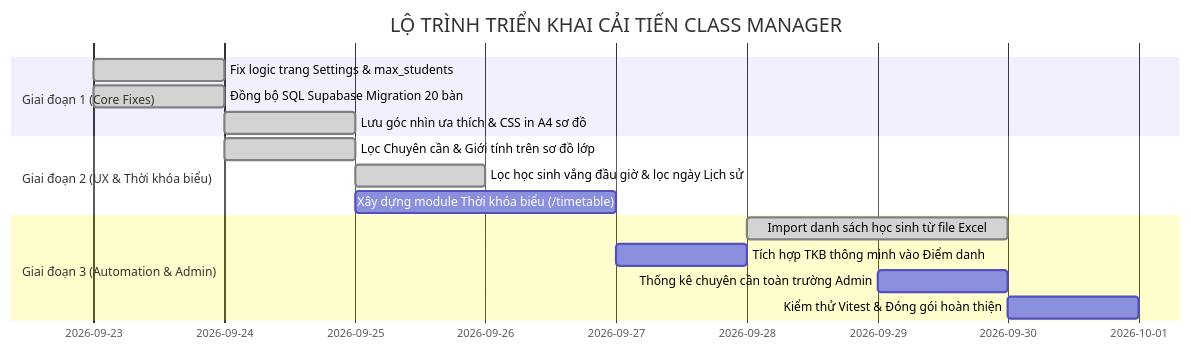
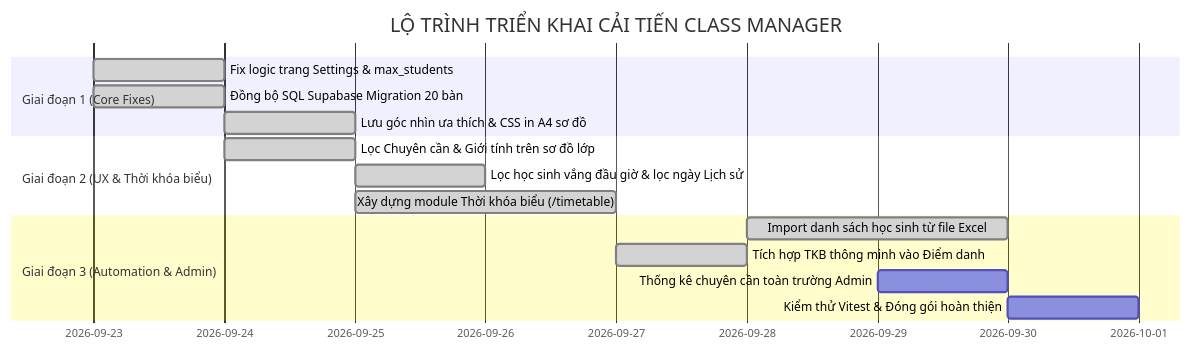
Before and after one commit to tranhohoangvu/class-manager: the diagram in classmanager_plan.md, drawn with Mermaid. The commit also changed other lines of this file and 16 other files, not shown here.

````diff
--- a/classmanager_plan.md
+++ b/classmanager_plan.md
@@ -193,18 +219,18 @@
 ```mermaid
 gantt
     title LỘ TRÌNH TRIỂN KHAI CẢI TIẾN CLASS MANAGER
     dateFormat  YYYY-MM-DD
     section Giai đoạn 1 (Core Fixes)
     Fix logic trang Settings & max_students       :done, a1, 2026-09-23, 1d
     Đồng bộ SQL Supabase Migration 20 bàn         :done, a2, 2026-09-23, 1d
     Lưu góc nhìn ưa thích & CSS in A4 sơ đồ      :done, a3, 2026-09-24, 1d
     section Giai đoạn 2 (UX & Thời khóa biểu)
     Lọc Chuyên cần & Giới tính trên sơ đồ lớp     :done, b1, 2026-09-24, 1d
     Lọc học sinh vắng đầu giờ & lọc ngày Lịch sử  :done, b2, 2026-09-25, 1d
-    Xây dựng module Thời khóa biểu (/timetable)   :b3, 2026-09-25, 2d
+    Xây dựng module Thời khóa biểu (/timetable)   :done, b3, 2026-09-25, 2d
     section Giai đoạn 3 (Automation & Admin)
     Import danh sách học sinh từ file Excel       :done, c2, 2026-09-28, 2d
-    Tích hợp TKB thông minh vào Điểm danh         :c1, 2026-09-27, 1d
+    Tích hợp TKB thông minh vào Điểm danh         :done, c1, 2026-09-27, 1d
     Thống kê chuyên cần toàn trường Admin         :c3, 2026-09-29, 1d
     Kiểm thử Vitest & Đóng gói hoàn thiện         :c4, 2026-09-30, 1d
 ```
````
